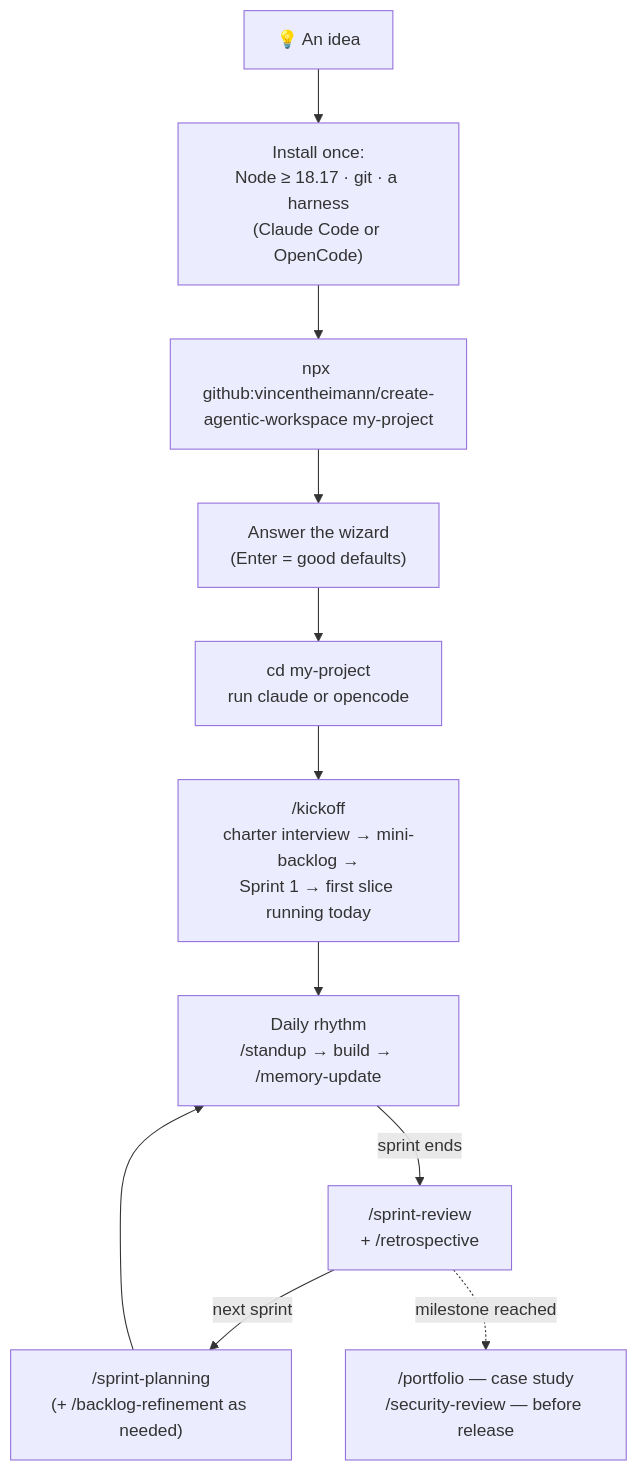
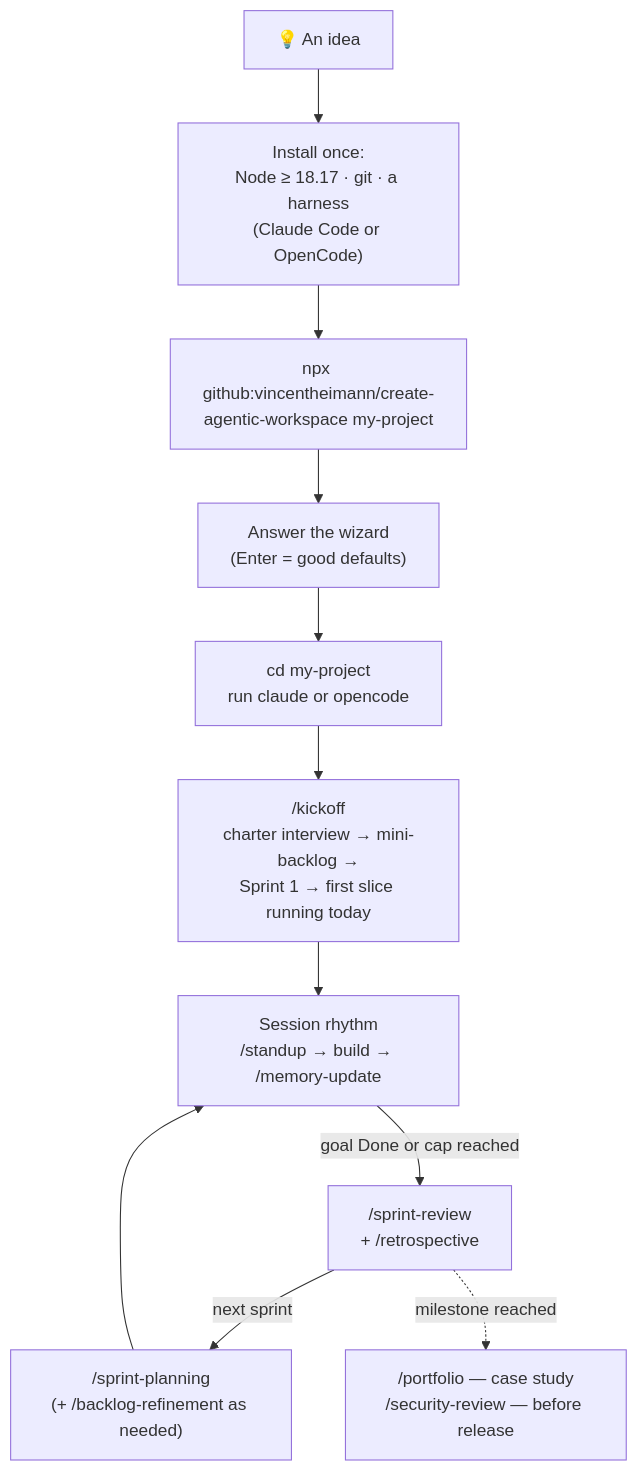
Before and after one commit to vincentheimann/create-agentic-workspace: the second of 2 diagrams in docs/HOW-IT-WORKS.md, drawn with Mermaid. The commit also changed other lines of this file and 12 other files, not shown here.

````diff
--- a/docs/HOW-IT-WORKS.md
+++ b/docs/HOW-IT-WORKS.md
@@ -53,13 +56,13 @@
 ```mermaid
 flowchart TD
     A["💡 An idea"] --> B["Install once:<br/>Node ≥ 18.17 · git · a harness<br/>(Claude Code or OpenCode)"]
     B --> C["npx github:vincentheimann/create-agentic-workspace my-project"]
     C --> D["Answer the wizard<br/>(Enter = good defaults)"]
     D --> E["cd my-project<br/>run claude or opencode"]
     E --> F["/kickoff<br/>charter interview → mini-backlog →<br/>Sprint 1 → first slice running today"]
-    F --> G["Daily rhythm<br/>/standup → build → /memory-update"]
-    G -->|"sprint ends"| H["/sprint-review<br/>+ /retrospective"]
+    F --> G["Session rhythm<br/>/standup → build → /memory-update"]
+    G -->|"goal Done or cap reached"| H["/sprint-review<br/>+ /retrospective"]
     H -->|"next sprint"| I["/sprint-planning<br/>(+ /backlog-refinement as needed)"]
     I --> G
     H -.->|"milestone reached"| J["/portfolio — case study<br/>/security-review — before release"]
 ```
````
